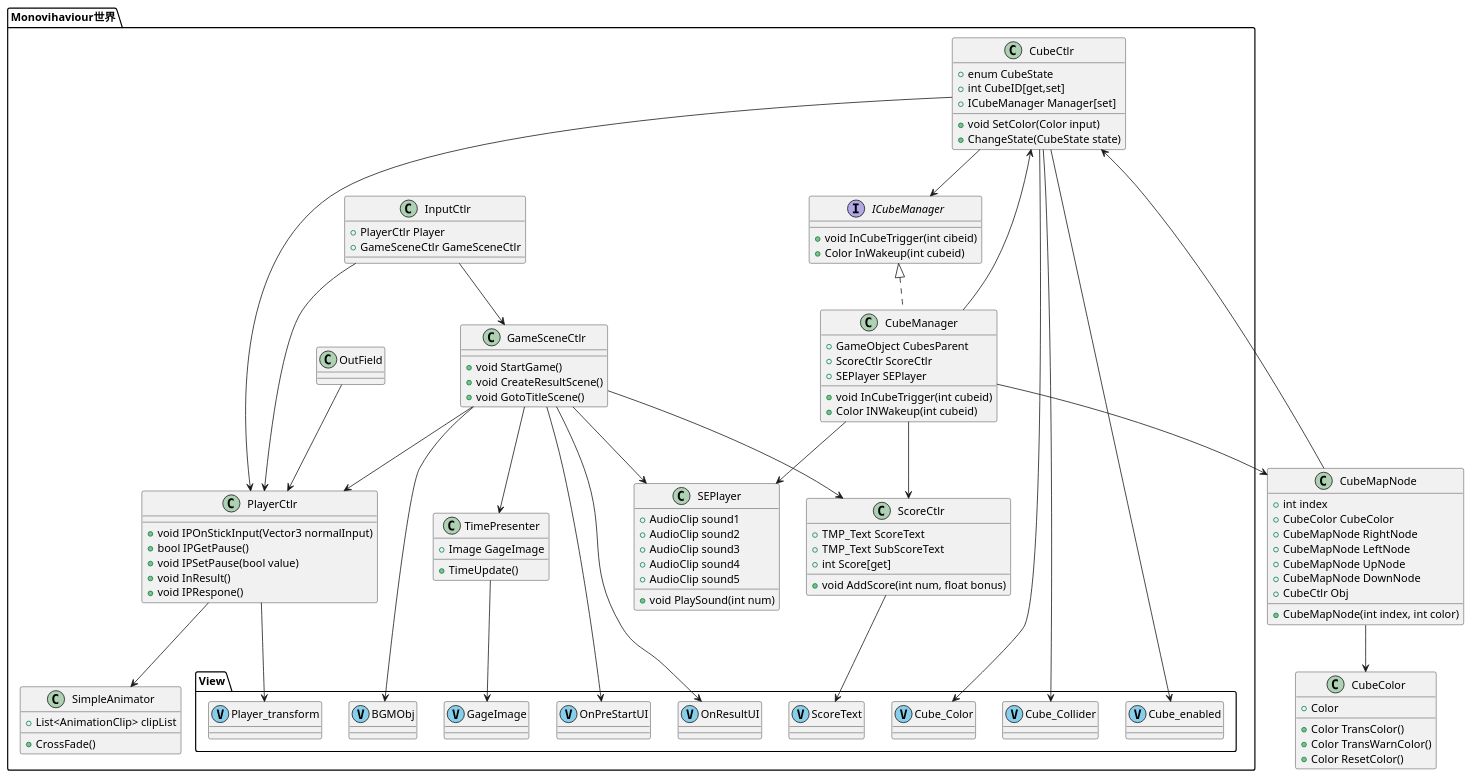
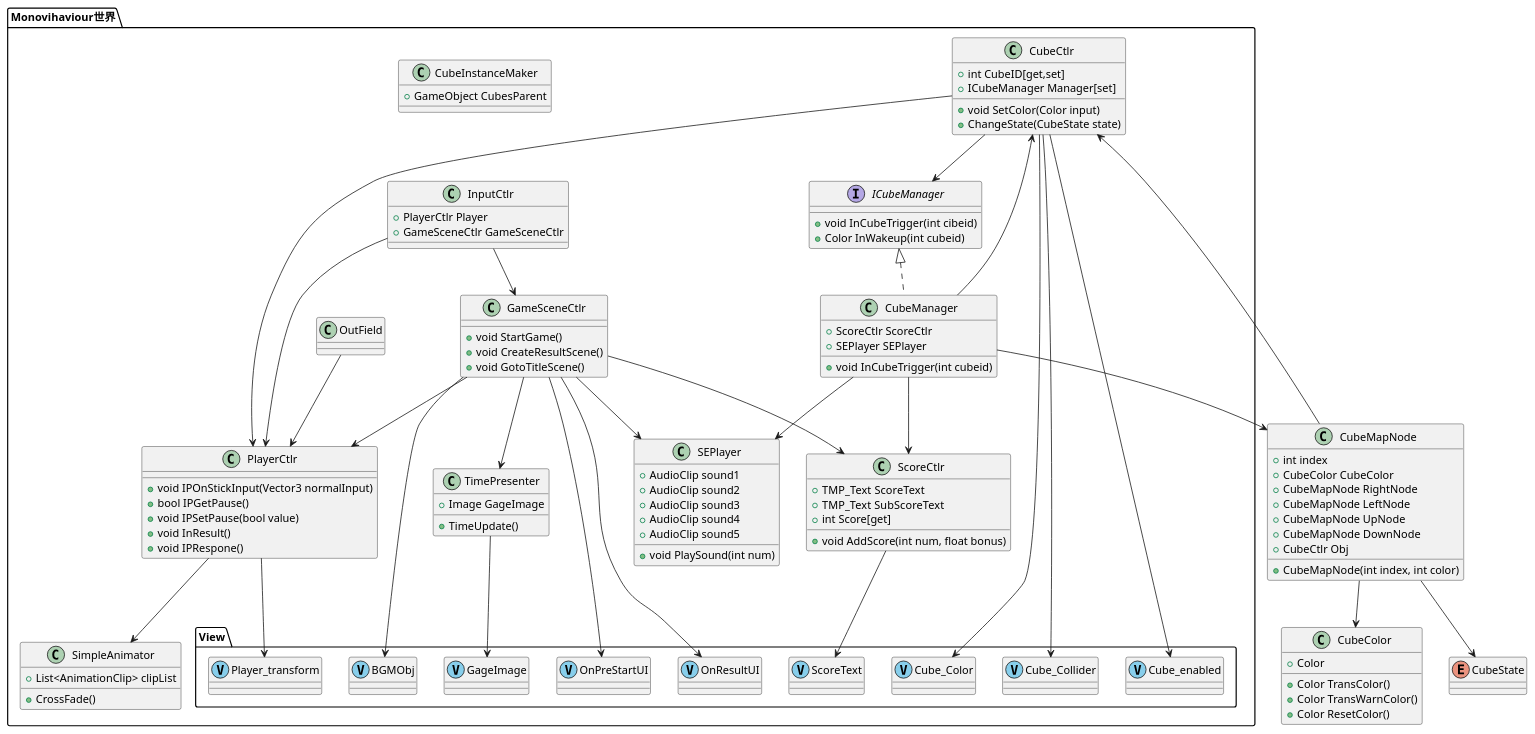
Before and after one commit to shakushi/fall_blocks_scripts: the second of 2 diagrams in PlantUML/u1w_202012.pu, drawn with PlantUML. The commit also changed 6 other files, not shown here.

```diff
--- a/PlantUML/u1w_202012.pu
+++ b/PlantUML/u1w_202012.pu
@@ -147,158 +147,166 @@
 @startuml newer-design
 
 package Monovihaviour世界
 {
 class CubeCtlr
 {
-    +enum CubeState
     +void SetColor(Color input)
     +ChangeState(CubeState state)
     +int CubeID[get,set]
     +ICubeManager Manager[set]
 }
 
 interface ICubeManager
 {
     +void InCubeTrigger(int cibeid)
     +Color InWakeup(int cubeid)
 }
 
 class CubeManager
 {
     +void InCubeTrigger(int cubeid)
-    +Color INWakeup(int cubeid)
-    +GameObject CubesParent
     +ScoreCtlr ScoreCtlr
     +SEPlayer SEPlayer
+}
+
+class CubeInstanceMaker
+{
+    +GameObject CubesParent
 }
 
 class GameSceneCtlr
 {
     +void StartGame()
     +void CreateResultScene()
     +void GotoTitleScene()
 }
 
 class InputCtlr
 {
     +PlayerCtlr Player
     +GameSceneCtlr GameSceneCtlr
 }
 
 class OutField
 
 class PlayerCtlr
 {
     +void IPOnStickInput(Vector3 normalInput)
     +bool IPGetPause()
     +void IPSetPause(bool value)
     +void InResult()
     +void IPRespone()
 }
 
 class ScoreCtlr
 {
     +void AddScore(int num, float bonus)
     +TMP_Text ScoreText
     +TMP_Text SubScoreText
     +int Score[get]
 }
 
 class SEPlayer
 {
     +void PlaySound(int num)
     +AudioClip sound1
     +AudioClip sound2
     +AudioClip sound3
     +AudioClip sound4
     +AudioClip sound5
 }
 
 class SimpleAnimator
 {
     +CrossFade()
     +List<AnimationClip> clipList
 }
 
 class TimePresenter
 {
     +TimeUpdate()
     +Image GageImage
 }
 
 'class TitleAnimation
 'class TitleSceneCtlr
 '{
 '    +void GoToGameMain()
 '}
 package View
 {
 class Player_transform << (V,SkyBlue) >>
 class ScoreText << (V,SkyBlue) >>
 class Cube_Color << (V,SkyBlue) >>
 class Cube_Collider << (V,SkyBlue) >>
 class Cube_enabled << (V,SkyBlue) >>
 class OnPreStartUI << (V,SkyBlue) >>
 class OnResultUI << (V,SkyBlue) >>
 class BGMObj << (V,SkyBlue) >>
 class GageImage << (V,SkyBlue) >>
 }
 }
 
 class CubeColor
 {
     +Color
     +Color TransColor()
     +Color TransWarnColor()
     +Color ResetColor()
 }
 
 class CubeMapNode
 {
     +CubeMapNode(int index, int color)
     +int index
     +CubeColor CubeColor
     +CubeMapNode RightNode
     +CubeMapNode LeftNode
     +CubeMapNode UpNode
     +CubeMapNode DownNode
     +CubeCtlr Obj
 }
 
+enum CubeState
+{
+
+}
+
 CubeCtlr --> Cube_Color
 CubeCtlr --> Cube_Collider
 CubeCtlr --> Cube_enabled
 CubeCtlr --> ICubeManager
 CubeCtlr --> PlayerCtlr
 
 ICubeManager <|.. CubeManager
 
 CubeManager --> ScoreCtlr
 CubeManager --> SEPlayer
 CubeManager --> CubeMapNode
 CubeManager --> CubeCtlr
 
 CubeMapNode --> CubeCtlr
 CubeMapNode --> CubeColor
+CubeMapNode --> CubeState
 
 GameSceneCtlr --> PlayerCtlr
 GameSceneCtlr --> TimePresenter
 GameSceneCtlr --> ScoreCtlr
 GameSceneCtlr --> OnPreStartUI
 GameSceneCtlr --> OnResultUI
 GameSceneCtlr --> SEPlayer
 GameSceneCtlr --> BGMObj
 
 InputCtlr --> GameSceneCtlr
 InputCtlr --> PlayerCtlr
 
 OutField --> PlayerCtlr
 
 PlayerCtlr --> SimpleAnimator
 PlayerCtlr --> Player_transform
 
 ScoreCtlr --> ScoreText
 
 TimePresenter --> GageImage
 
 @enduml
```
